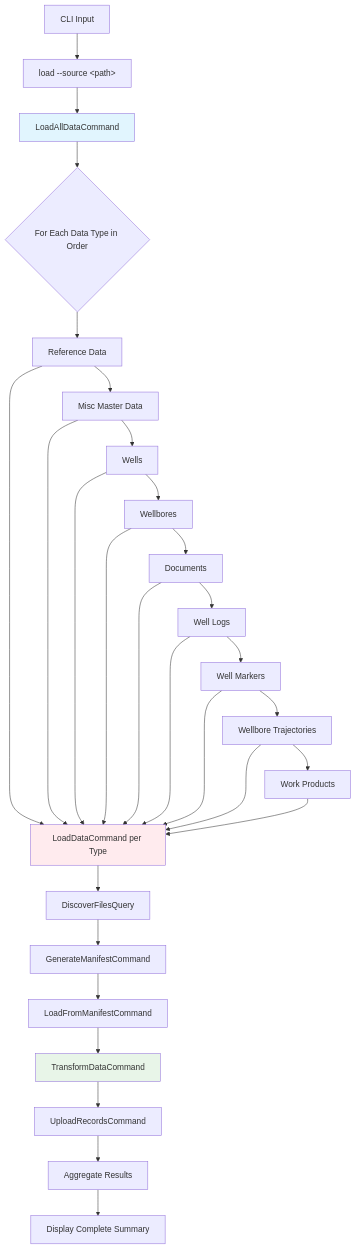
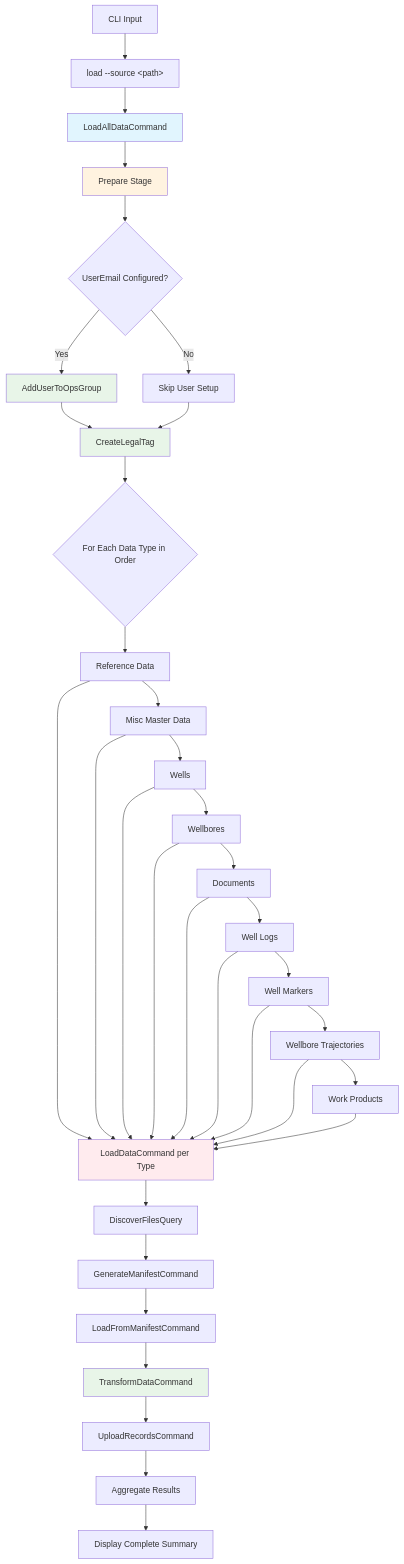
Before and after one commit to Azure/osdu-data-load-tno: the first of 6 diagrams in docs/DATA_LOAD_PROCESS.md, drawn with Mermaid. The commit also changed other lines of this file, not shown here.

Commit message:
update diagrams

````diff
--- a/docs/DATA_LOAD_PROCESS.md
+++ b/docs/DATA_LOAD_PROCESS.md
@@ -9,39 +9,48 @@
 ```mermaid
 graph TD
     A[CLI Input] --> B["load --source &lt;path&gt;"]
     
     B --> C[LoadAllDataCommand]
-    C --> D{For Each Data Type in Order}
+    C --> P[Prepare Stage]
+    P --> P1{UserEmail Configured?}
+    P1 -->|Yes| P2[AddUserToOpsGroup]
+    P1 -->|No| P3[Skip User Setup]
+    P2 --> P4[CreateLegalTag]
+    P3 --> P4
+    P4 --> D{For Each Data Type in Order}
     
     D --> E1[Reference Data]
     E1 --> E2[Misc Master Data]
     E2 --> E3[Wells]
     E3 --> E4[Wellbores]
     E4 --> E5[Documents]
     E5 --> E6[Well Logs]
     E6 --> E7[Well Markers]
     E7 --> E8[Wellbore Trajectories]
     E8 --> E9[Work Products]
     
     E1 --> F[LoadDataCommand per Type]
     E2 --> F
     E3 --> F
     E4 --> F
     E5 --> F
     E6 --> F
     E7 --> F
     E8 --> F
     E9 --> F
     
     F --> G[DiscoverFilesQuery]
     G --> H[GenerateManifestCommand]
     H --> I[LoadFromManifestCommand]
     I --> J[TransformDataCommand]
     J --> K[UploadRecordsCommand]
     K --> L[Aggregate Results]
     L --> M[Display Complete Summary]
     
     style C fill:#e1f5fe
+    style P fill:#fff3e0
+    style P2 fill:#e8f5e8
+    style P4 fill:#e8f5e8
     style F fill:#ffebee
     style J fill:#e8f5e8
 ```
````
